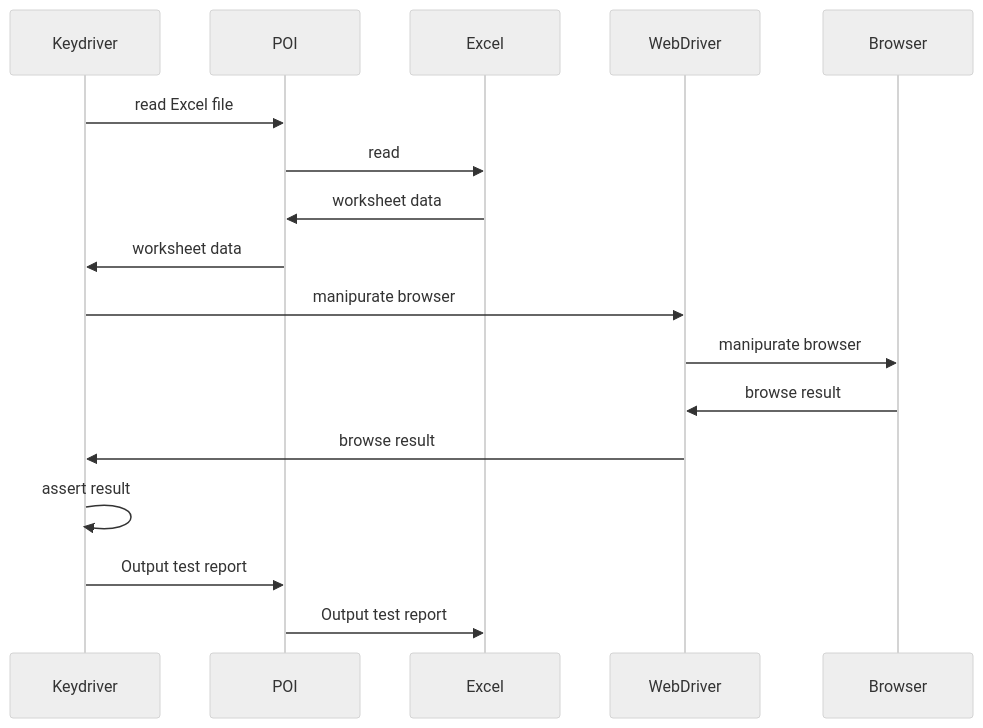
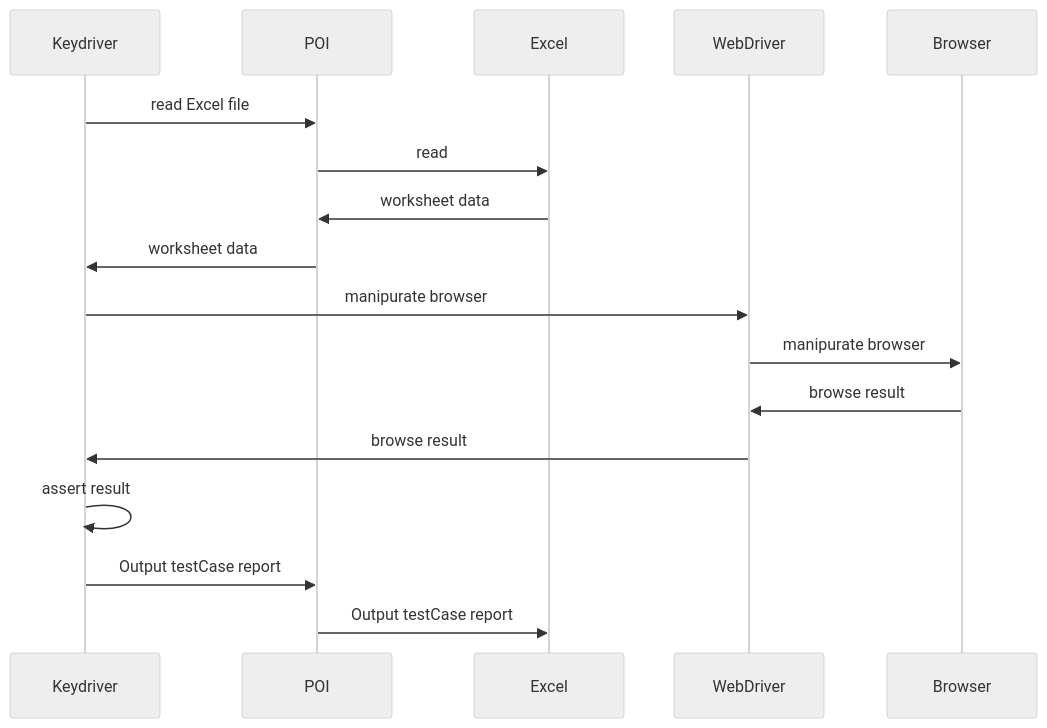
One commit to eyasuyuki/keydriver changed the diagram in README.md. Above: the diagram before and after it, drawn with Mermaid (neutral theme). The commit also changed other lines of this file and 30 other files, not shown here.

Commit message:
rename TestCase from Test

````diff
--- a/README.md
+++ b/README.md
@@ -12,19 +12,19 @@
 ```mermaid
 sequenceDiagram
     participant Keydriver
     participant POI
     participant Excel
     participant WebDriver
     participant Browser
     Keydriver ->> POI: read Excel file
     POI ->> Excel: read
     Excel ->> POI: worksheet data
     POI ->> Keydriver: worksheet data
     Keydriver ->> WebDriver: manipurate browser
     WebDriver ->> Browser: manipurate browser
     Browser ->> WebDriver: browse result
     WebDriver ->> Keydriver: browse result
     Keydriver ->> Keydriver: assert result
-    Keydriver ->> POI: Output test report
-    POI ->> Excel: Output test report
+    Keydriver ->> POI: Output testCase report
+    POI ->> Excel: Output testCase report
 ```
````
